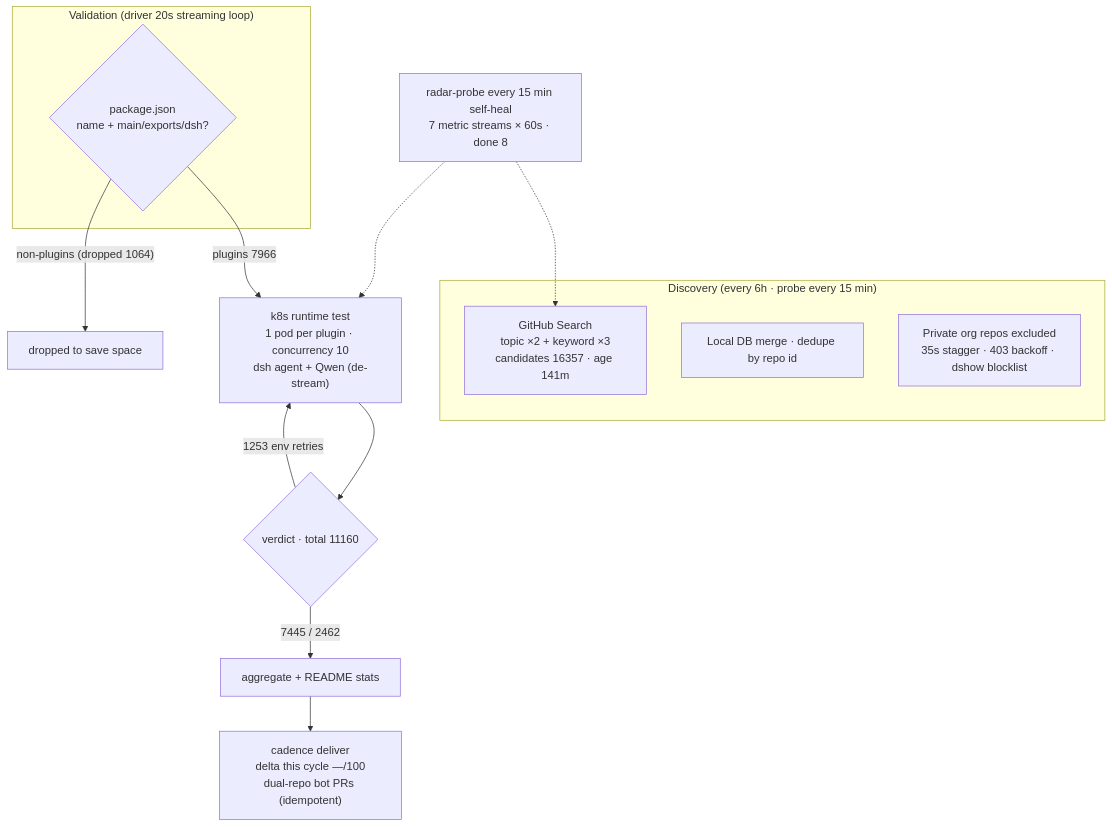
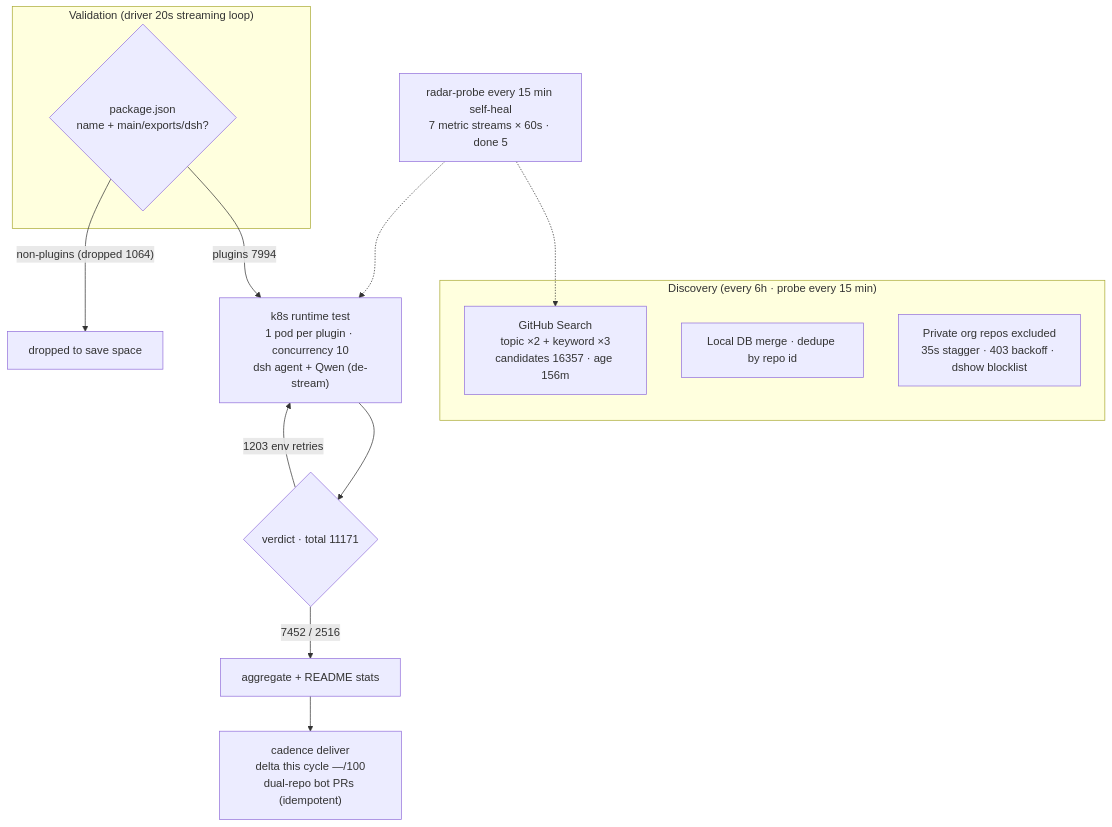
The diagram in README.en-US.md (AdamPlatin123/awesome-dsh-plugins), drawn with Mermaid before and after one commit. The commit also changed other lines of this file and 5 other files, not shown here.

````diff
--- a/README.en-US.md
+++ b/README.en-US.md
@@ -45,20 +45,20 @@
 ```mermaid
 flowchart TB
     subgraph Discovery["Discovery (every 6h · probe every 15 min)"]
-        A1["GitHub Search<br/>topic ×2 + keyword ×3<br/>candidates 16357 · age 141m"]
+        A1["GitHub Search<br/>topic ×2 + keyword ×3<br/>candidates 16357 · age 156m"]
         A2["Local DB merge · dedupe by repo id"]
         A3["Private org repos excluded<br/>35s stagger · 403 backoff · dshow blocklist"]
     end
     subgraph Validation["Validation (driver 20s streaming loop)"]
         B1{"package.json<br/>name + main/exports/dsh?"}
     end
-    B1 -->|"plugins 7966"| C1["k8s runtime test<br/>1 pod per plugin · concurrency 10<br/>dsh agent + Qwen (de-stream)"]
+    B1 -->|"plugins 7994"| C1["k8s runtime test<br/>1 pod per plugin · concurrency 10<br/>dsh agent + Qwen (de-stream)"]
     B1 -->|"non-plugins (dropped 1064)"| B3["dropped to save space"]
-    C1 --> D1{"verdict · total 11160"}
-    D1 -->|"7445 / 2462"| E1["aggregate + README stats"]
-    D1 -->|"1253 env retries"| C1
+    C1 --> D1{"verdict · total 11171"}
+    D1 -->|"7452 / 2516"| E1["aggregate + README stats"]
+    D1 -->|"1203 env retries"| C1
     E1 --> E2["cadence deliver<br/>delta this cycle —/100<br/>dual-repo bot PRs (idempotent)"]
-    M["radar-probe every 15 min self-heal<br/>7 metric streams × 60s · done 8"]
+    M["radar-probe every 15 min self-heal<br/>7 metric streams × 60s · done 5"]
     M -.-> A1
     M -.-> C1
 ```
````
